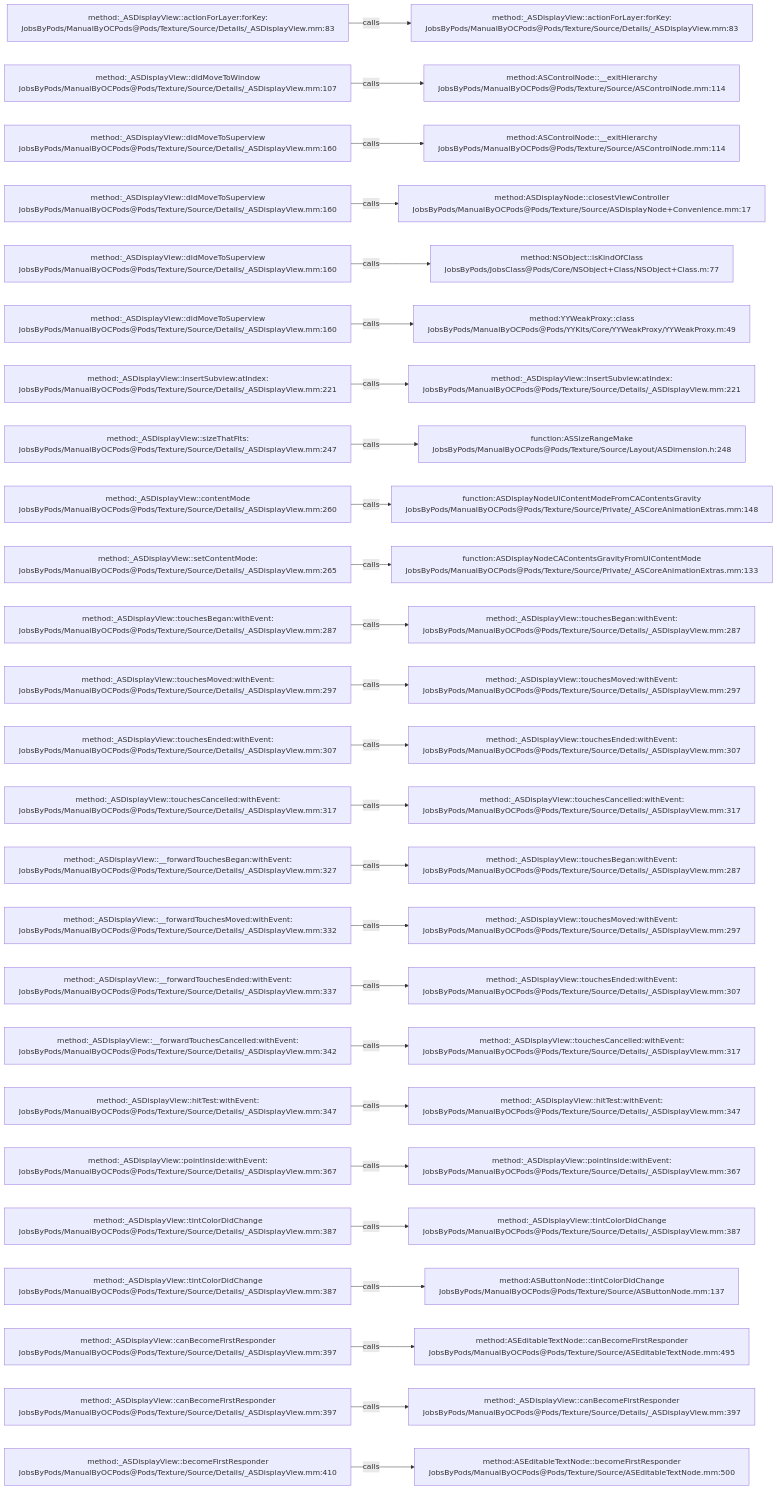
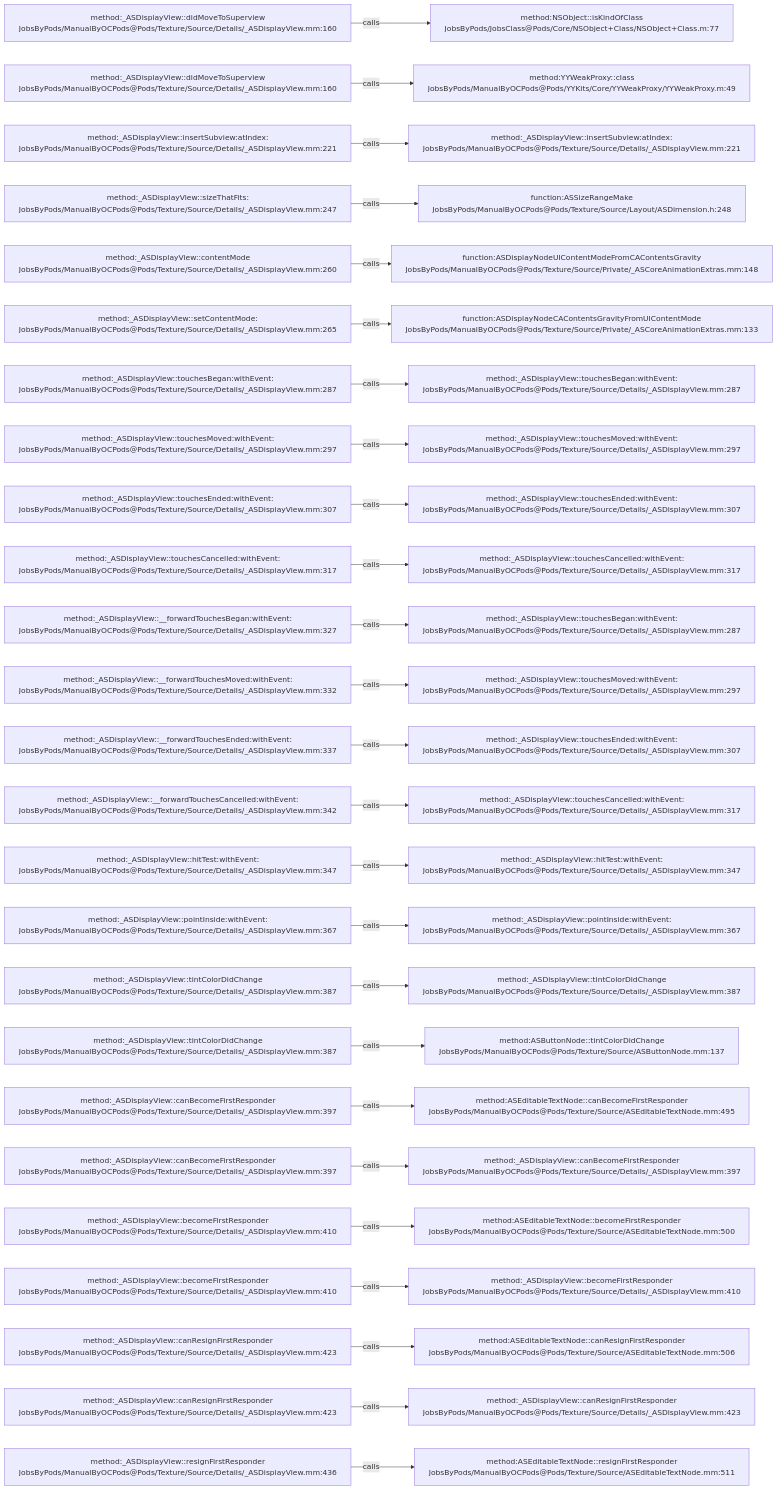
Before and after one commit to JobsKits/JobsOCBaseConfigDemo: the diagram in .codegraph/codegraph.md/graphs/calls-170.md, drawn with Mermaid. The commit also changed 727 other files, not shown here.

````diff
--- a/.codegraph/codegraph.md/graphs/calls-170.md
+++ b/.codegraph/codegraph.md/graphs/calls-170.md
@@ -13,78 +13,78 @@
 ```mermaid
 flowchart LR
-  S1["method:_ASDisplayView::actionForLayer:forKey:<br/>JobsByPods/ManualByOCPods@Pods/Texture/Source/Details/_ASDisplayView.mm:83"]
-  T1["method:_ASDisplayView::actionForLayer:forKey:<br/>JobsByPods/ManualByOCPods@Pods/Texture/Source/Details/_ASDisplayView.mm:83"]
+  S1["method:_ASDisplayView::didMoveToSuperview<br/>JobsByPods/ManualByOCPods@Pods/Texture/Source/Details/_ASDisplayView.mm:160"]
+  T1["method:NSObject::isKindOfClass<br/>JobsByPods/JobsClass@Pods/Core/NSObject+Class/NSObject+Class.m:77"]
   S1 -->|calls| T1
-  S2["method:_ASDisplayView::didMoveToWindow<br/>JobsByPods/ManualByOCPods@Pods/Texture/Source/Details/_ASDisplayView.mm:107"]
-  T2["method:ASControlNode::__exitHierarchy<br/>JobsByPods/ManualByOCPods@Pods/Texture/Source/ASControlNode.mm:114"]
+  S2["method:_ASDisplayView::didMoveToSuperview<br/>JobsByPods/ManualByOCPods@Pods/Texture/Source/Details/_ASDisplayView.mm:160"]
+  T2["method:YYWeakProxy::class<br/>JobsByPods/ManualByOCPods@Pods/YYKits/Core/YYWeakProxy/YYWeakProxy.m:49"]
   S2 -->|calls| T2
-  S3["method:_ASDisplayView::didMoveToSuperview<br/>JobsByPods/ManualByOCPods@Pods/Texture/Source/Details/_ASDisplayView.mm:160"]
-  T3["method:ASControlNode::__exitHierarchy<br/>JobsByPods/ManualByOCPods@Pods/Texture/Source/ASControlNode.mm:114"]
+  S3["method:_ASDisplayView::insertSubview:atIndex:<br/>JobsByPods/ManualByOCPods@Pods/Texture/Source/Details/_ASDisplayView.mm:221"]
+  T3["method:_ASDisplayView::insertSubview:atIndex:<br/>JobsByPods/ManualByOCPods@Pods/Texture/Source/Details/_ASDisplayView.mm:221"]
   S3 -->|calls| T3
-  S4["method:_ASDisplayView::didMoveToSuperview<br/>JobsByPods/ManualByOCPods@Pods/Texture/Source/Details/_ASDisplayView.mm:160"]
-  T4["method:ASDisplayNode::closestViewController<br/>JobsByPods/ManualByOCPods@Pods/Texture/Source/ASDisplayNode+Convenience.mm:17"]
+  S4["method:_ASDisplayView::sizeThatFits:<br/>JobsByPods/ManualByOCPods@Pods/Texture/Source/Details/_ASDisplayView.mm:247"]
+  T4["function:ASSizeRangeMake<br/>JobsByPods/ManualByOCPods@Pods/Texture/Source/Layout/ASDimension.h:248"]
   S4 -->|calls| T4
-  S5["method:_ASDisplayView::didMoveToSuperview<br/>JobsByPods/ManualByOCPods@Pods/Texture/Source/Details/_ASDisplayView.mm:160"]
-  T5["method:NSObject::isKindOfClass<br/>JobsByPods/JobsClass@Pods/Core/NSObject+Class/NSObject+Class.m:77"]
+  S5["method:_ASDisplayView::contentMode<br/>JobsByPods/ManualByOCPods@Pods/Texture/Source/Details/_ASDisplayView.mm:260"]
+  T5["function:ASDisplayNodeUIContentModeFromCAContentsGravity<br/>JobsByPods/ManualByOCPods@Pods/Texture/Source/Private/_ASCoreAnimationExtras.mm:148"]
   S5 -->|calls| T5
-  S6["method:_ASDisplayView::didMoveToSuperview<br/>JobsByPods/ManualByOCPods@Pods/Texture/Source/Details/_ASDisplayView.mm:160"]
-  T6["method:YYWeakProxy::class<br/>JobsByPods/ManualByOCPods@Pods/YYKits/Core/YYWeakProxy/YYWeakProxy.m:49"]
+  S6["method:_ASDisplayView::setContentMode:<br/>JobsByPods/ManualByOCPods@Pods/Texture/Source/Details/_ASDisplayView.mm:265"]
+  T6["function:ASDisplayNodeCAContentsGravityFromUIContentMode<br/>JobsByPods/ManualByOCPods@Pods/Texture/Source/Private/_ASCoreAnimationExtras.mm:133"]
   S6 -->|calls| T6
-  S7["method:_ASDisplayView::insertSubview:atIndex:<br/>JobsByPods/ManualByOCPods@Pods/Texture/Source/Details/_ASDisplayView.mm:221"]
-  T7["method:_ASDisplayView::insertSubview:atIndex:<br/>JobsByPods/ManualByOCPods@Pods/Texture/Source/Details/_ASDisplayView.mm:221"]
+  S7["method:_ASDisplayView::touchesBegan:withEvent:<br/>JobsByPods/ManualByOCPods@Pods/Texture/Source/Details/_ASDisplayView.mm:287"]
+  T7["method:_ASDisplayView::touchesBegan:withEvent:<br/>JobsByPods/ManualByOCPods@Pods/Texture/Source/Details/_ASDisplayView.mm:287"]
   S7 -->|calls| T7
-  S8["method:_ASDisplayView::sizeThatFits:<br/>JobsByPods/ManualByOCPods@Pods/Texture/Source/Details/_ASDisplayView.mm:247"]
-  T8["function:ASSizeRangeMake<br/>JobsByPods/ManualByOCPods@Pods/Texture/Source/Layout/ASDimension.h:248"]
+  S8["method:_ASDisplayView::touchesMoved:withEvent:<br/>JobsByPods/ManualByOCPods@Pods/Texture/Source/Details/_ASDisplayView.mm:297"]
+  T8["method:_ASDisplayView::touchesMoved:withEvent:<br/>JobsByPods/ManualByOCPods@Pods/Texture/Source/Details/_ASDisplayView.mm:297"]
   S8 -->|calls| T8
-  S9["method:_ASDisplayView::contentMode<br/>JobsByPods/ManualByOCPods@Pods/Texture/Source/Details/_ASDisplayView.mm:260"]
-  T9["function:ASDisplayNodeUIContentModeFromCAContentsGravity<br/>JobsByPods/ManualByOCPods@Pods/Texture/Source/Private/_ASCoreAnimationExtras.mm:148"]
+  S9["method:_ASDisplayView::touchesEnded:withEvent:<br/>JobsByPods/ManualByOCPods@Pods/Texture/Source/Details/_ASDisplayView.mm:307"]
+  T9["method:_ASDisplayView::touchesEnded:withEvent:<br/>JobsByPods/ManualByOCPods@Pods/Texture/Source/Details/_ASDisplayView.mm:307"]
   S9 -->|calls| T9
-  S10["method:_ASDisplayView::setContentMode:<br/>JobsByPods/ManualByOCPods@Pods/Texture/Source/Details/_ASDisplayView.mm:265"]
-  T10["function:ASDisplayNodeCAContentsGravityFromUIContentMode<br/>JobsByPods/ManualByOCPods@Pods/Texture/Source/Private/_ASCoreAnimationExtras.mm:133"]
+  S10["method:_ASDisplayView::touchesCancelled:withEvent:<br/>JobsByPods/ManualByOCPods@Pods/Texture/Source/Details/_ASDisplayView.mm:317"]
+  T10["method:_ASDisplayView::touchesCancelled:withEvent:<br/>JobsByPods/ManualByOCPods@Pods/Texture/Source/Details/_ASDisplayView.mm:317"]
   S10 -->|calls| T10
-  S11["method:_ASDisplayView::touchesBegan:withEvent:<br/>JobsByPods/ManualByOCPods@Pods/Texture/Source/Details/_ASDisplayView.mm:287"]
+  S11["method:_ASDisplayView::__forwardTouchesBegan:withEvent:<br/>JobsByPods/ManualByOCPods@Pods/Texture/Source/Details/_ASDisplayView.mm:327"]
   T11["method:_ASDisplayView::touchesBegan:withEvent:<br/>JobsByPods/ManualByOCPods@Pods/Texture/Source/Details/_ASDisplayView.mm:287"]
   S11 -->|calls| T11
-  S12["method:_ASDisplayView::touchesMoved:withEvent:<br/>JobsByPods/ManualByOCPods@Pods/Texture/Source/Details/_ASDisplayView.mm:297"]
+  S12["method:_ASDisplayView::__forwardTouchesMoved:withEvent:<br/>JobsByPods/ManualByOCPods@Pods/Texture/Source/Details/_ASDisplayView.mm:332"]
   T12["method:_ASDisplayView::touchesMoved:withEvent:<br/>JobsByPods/ManualByOCPods@Pods/Texture/Source/Details/_ASDisplayView.mm:297"]
   S12 -->|calls| T12
-  S13["method:_ASDisplayView::touchesEnded:withEvent:<br/>JobsByPods/ManualByOCPods@Pods/Texture/Source/Details/_ASDisplayView.mm:307"]
+  S13["method:_ASDisplayView::__forwardTouchesEnded:withEvent:<br/>JobsByPods/ManualByOCPods@Pods/Texture/Source/Details/_ASDisplayView.mm:337"]
   T13["method:_ASDisplayView::touchesEnded:withEvent:<br/>JobsByPods/ManualByOCPods@Pods/Texture/Source/Details/_ASDisplayView.mm:307"]
   S13 -->|calls| T13
-  S14["method:_ASDisplayView::touchesCancelled:withEvent:<br/>JobsByPods/ManualByOCPods@Pods/Texture/Source/Details/_ASDisplayView.mm:317"]
+  S14["method:_ASDisplayView::__forwardTouchesCancelled:withEvent:<br/>JobsByPods/ManualByOCPods@Pods/Texture/Source/Details/_ASDisplayView.mm:342"]
   T14["method:_ASDisplayView::touchesCancelled:withEvent:<br/>JobsByPods/ManualByOCPods@Pods/Texture/Source/Details/_ASDisplayView.mm:317"]
   S14 -->|calls| T14
-  S15["method:_ASDisplayView::__forwardTouchesBegan:withEvent:<br/>JobsByPods/ManualByOCPods@Pods/Texture/Source/Details/_ASDisplayView.mm:327"]
-  T15["method:_ASDisplayView::touchesBegan:withEvent:<br/>JobsByPods/ManualByOCPods@Pods/Texture/Source/Details/_ASDisplayView.mm:287"]
+  S15["method:_ASDisplayView::hitTest:withEvent:<br/>JobsByPods/ManualByOCPods@Pods/Texture/Source/Details/_ASDisplayView.mm:347"]
+  T15["method:_ASDisplayView::hitTest:withEvent:<br/>JobsByPods/ManualByOCPods@Pods/Texture/Source/Details/_ASDisplayView.mm:347"]
   S15 -->|calls| T15
-  S16["method:_ASDisplayView::__forwardTouchesMoved:withEvent:<br/>JobsByPods/ManualByOCPods@Pods/Texture/Source/Details/_ASDisplayView.mm:332"]
-  T16["method:_ASDisplayView::touchesMoved:withEvent:<br/>JobsByPods/ManualByOCPods@Pods/Texture/Source/Details/_ASDisplayView.mm:297"]
+  S16["method:_ASDisplayView::pointInside:withEvent:<br/>JobsByPods/ManualByOCPods@Pods/Texture/Source/Details/_ASDisplayView.mm:367"]
+  T16["method:_ASDisplayView::pointInside:withEvent:<br/>JobsByPods/ManualByOCPods@Pods/Texture/Source/Details/_ASDisplayView.mm:367"]
   S16 -->|calls| T16
-  S17["method:_ASDisplayView::__forwardTouchesEnded:withEvent:<br/>JobsByPods/ManualByOCPods@Pods/Texture/Source/Details/_ASDisplayView.mm:337"]
-  T17["method:_ASDisplayView::touchesEnded:withEvent:<br/>JobsByPods/ManualByOCPods@Pods/Texture/Source/Details/_ASDisplayView.mm:307"]
+  S17["method:_ASDisplayView::tintColorDidChange<br/>JobsByPods/ManualByOCPods@Pods/Texture/Source/Details/_ASDisplayView.mm:387"]
+  T17["method:_ASDisplayView::tintColorDidChange<br/>JobsByPods/ManualByOCPods@Pods/Texture/Source/Details/_ASDisplayView.mm:387"]
   S17 -->|calls| T17
-  S18["method:_ASDisplayView::__forwardTouchesCancelled:withEvent:<br/>JobsByPods/ManualByOCPods@Pods/Texture/Source/Details/_ASDisplayView.mm:342"]
-  T18["method:_ASDisplayView::touchesCancelled:withEvent:<br/>JobsByPods/ManualByOCPods@Pods/Texture/Source/Details/_ASDisplayView.mm:317"]
+  S18["method:_ASDisplayView::tintColorDidChange<br/>JobsByPods/ManualByOCPods@Pods/Texture/Source/Details/_ASDisplayView.mm:387"]
+  T18["method:ASButtonNode::tintColorDidChange<br/>JobsByPods/ManualByOCPods@Pods/Texture/Source/ASButtonNode.mm:137"]
   S18 -->|calls| T18
-  S19["method:_ASDisplayView::hitTest:withEvent:<br/>JobsByPods/ManualByOCPods@Pods/Texture/Source/Details/_ASDisplayView.mm:347"]
-  T19["method:_ASDisplayView::hitTest:withEvent:<br/>JobsByPods/ManualByOCPods@Pods/Texture/Source/Details/_ASDisplayView.mm:347"]
+  S19["method:_ASDisplayView::canBecomeFirstResponder<br/>JobsByPods/ManualByOCPods@Pods/Texture/Source/Details/_ASDisplayView.mm:397"]
+  T19["method:ASEditableTextNode::canBecomeFirstResponder<br/>JobsByPods/ManualByOCPods@Pods/Texture/Source/ASEditableTextNode.mm:495"]
   S19 -->|calls| T19
-  S20["method:_ASDisplayView::pointInside:withEvent:<br/>JobsByPods/ManualByOCPods@Pods/Texture/Source/Details/_ASDisplayView.mm:367"]
-  T20["method:_ASDisplayView::pointInside:withEvent:<br/>JobsByPods/ManualByOCPods@Pods/Texture/Source/Details/_ASDisplayView.mm:367"]
+  S20["method:_ASDisplayView::canBecomeFirstResponder<br/>JobsByPods/ManualByOCPods@Pods/Texture/Source/Details/_ASDisplayView.mm:397"]
+  T20["method:_ASDisplayView::canBecomeFirstResponder<br/>JobsByPods/ManualByOCPods@Pods/Texture/Source/Details/_ASDisplayView.mm:397"]
   S20 -->|calls| T20
-  S21["method:_ASDisplayView::tintColorDidChange<br/>JobsByPods/ManualByOCPods@Pods/Texture/Source/Details/_ASDisplayView.mm:387"]
-  T21["method:_ASDisplayView::tintColorDidChange<br/>JobsByPods/ManualByOCPods@Pods/Texture/Source/Details/_ASDisplayView.mm:387"]
+  S21["method:_ASDisplayView::becomeFirstResponder<br/>JobsByPods/ManualByOCPods@Pods/Texture/Source/Details/_ASDisplayView.mm:410"]
+  T21["method:ASEditableTextNode::becomeFirstResponder<br/>JobsByPods/ManualByOCPods@Pods/Texture/Source/ASEditableTextNode.mm:500"]
   S21 -->|calls| T21
-  S22["method:_ASDisplayView::tintColorDidChange<br/>JobsByPods/ManualByOCPods@Pods/Texture/Source/Details/_ASDisplayView.mm:387"]
-  T22["method:ASButtonNode::tintColorDidChange<br/>JobsByPods/ManualByOCPods@Pods/Texture/Source/ASButtonNode.mm:137"]
+  S22["method:_ASDisplayView::becomeFirstResponder<br/>JobsByPods/ManualByOCPods@Pods/Texture/Source/Details/_ASDisplayView.mm:410"]
+  T22["method:_ASDisplayView::becomeFirstResponder<br/>JobsByPods/ManualByOCPods@Pods/Texture/Source/Details/_ASDisplayView.mm:410"]
   S22 -->|calls| T22
-  S23["method:_ASDisplayView::canBecomeFirstResponder<br/>JobsByPods/ManualByOCPods@Pods/Texture/Source/Details/_ASDisplayView.mm:397"]
-  T23["method:ASEditableTextNode::canBecomeFirstResponder<br/>JobsByPods/ManualByOCPods@Pods/Texture/Source/ASEditableTextNode.mm:495"]
+  S23["method:_ASDisplayView::canResignFirstResponder<br/>JobsByPods/ManualByOCPods@Pods/Texture/Source/Details/_ASDisplayView.mm:423"]
+  T23["method:ASEditableTextNode::canResignFirstResponder<br/>JobsByPods/ManualByOCPods@Pods/Texture/Source/ASEditableTextNode.mm:506"]
   S23 -->|calls| T23
-  S24["method:_ASDisplayView::canBecomeFirstResponder<br/>JobsByPods/ManualByOCPods@Pods/Texture/Source/Details/_ASDisplayView.mm:397"]
-  T24["method:_ASDisplayView::canBecomeFirstResponder<br/>JobsByPods/ManualByOCPods@Pods/Texture/Source/Details/_ASDisplayView.mm:397"]
+  S24["method:_ASDisplayView::canResignFirstResponder<br/>JobsByPods/ManualByOCPods@Pods/Texture/Source/Details/_ASDisplayView.mm:423"]
+  T24["method:_ASDisplayView::canResignFirstResponder<br/>JobsByPods/ManualByOCPods@Pods/Texture/Source/Details/_ASDisplayView.mm:423"]
   S24 -->|calls| T24
-  S25["method:_ASDisplayView::becomeFirstResponder<br/>JobsByPods/ManualByOCPods@Pods/Texture/Source/Details/_ASDisplayView.mm:410"]
-  T25["method:ASEditableTextNode::becomeFirstResponder<br/>JobsByPods/ManualByOCPods@Pods/Texture/Source/ASEditableTextNode.mm:500"]
+  S25["method:_ASDisplayView::resignFirstResponder<br/>JobsByPods/ManualByOCPods@Pods/Texture/Source/Details/_ASDisplayView.mm:436"]
+  T25["method:ASEditableTextNode::resignFirstResponder<br/>JobsByPods/ManualByOCPods@Pods/Texture/Source/ASEditableTextNode.mm:511"]
   S25 -->|calls| T25
 ```
````
